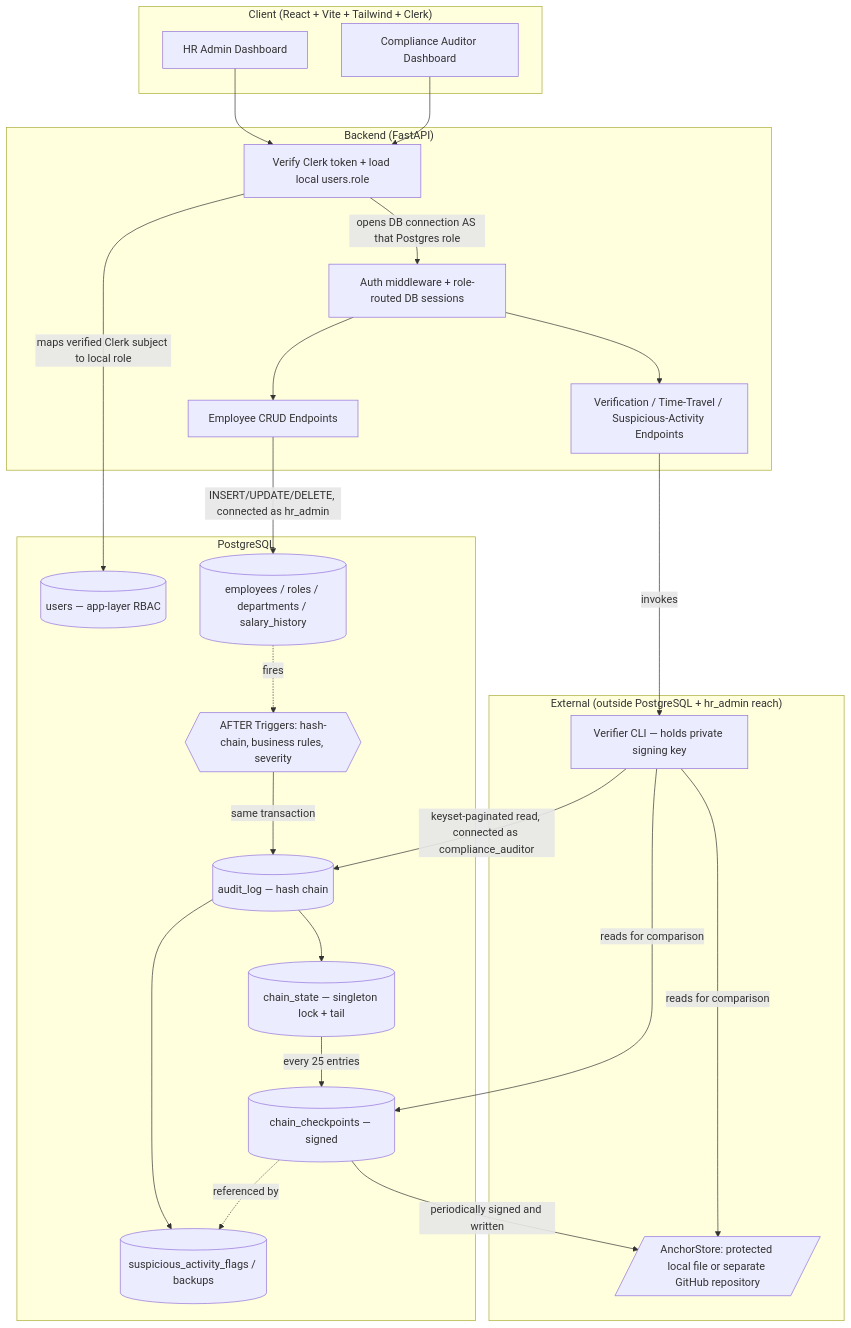
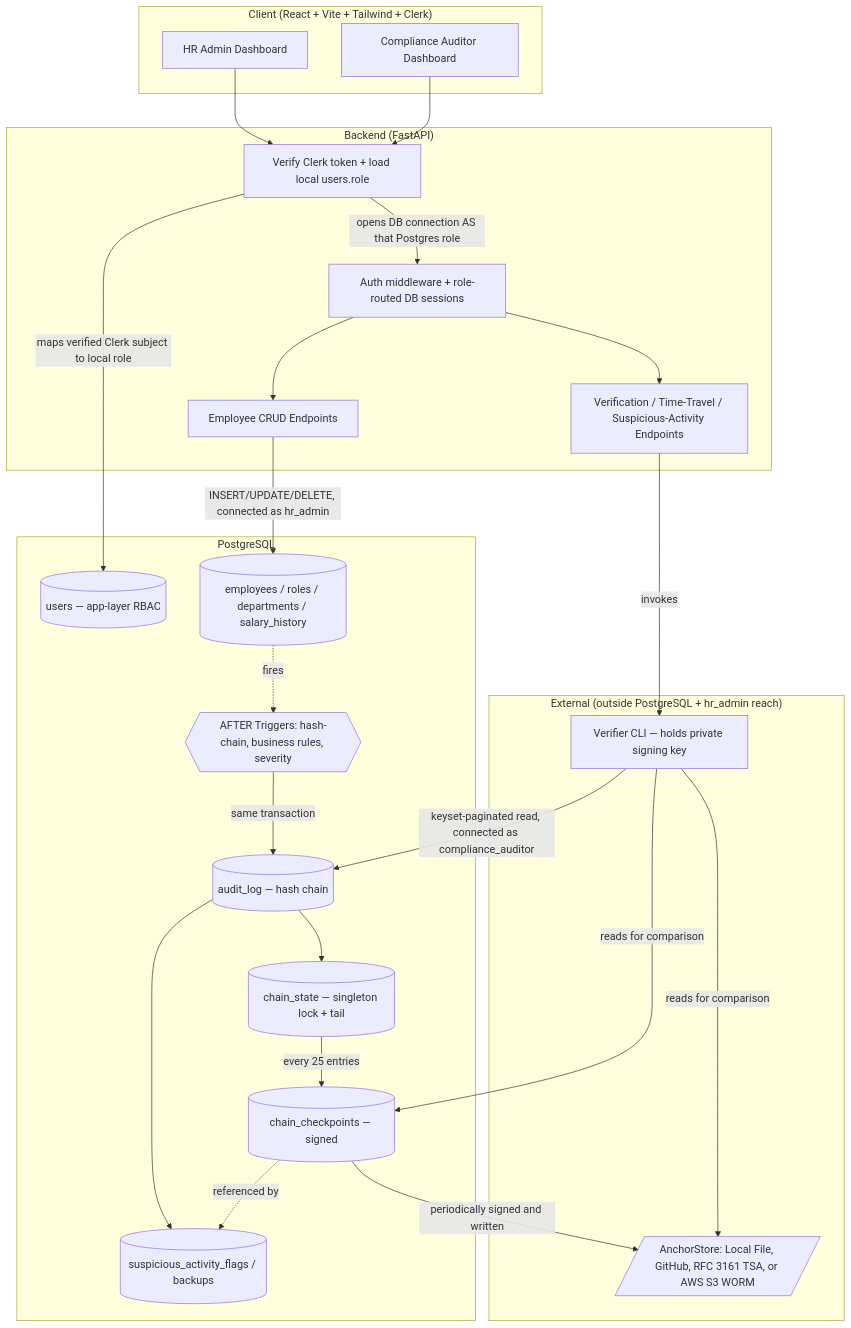
One commit to Abhi-R459/Argus changed the first of 5 diagrams in Argus_docs/Architecture.md. Above: the diagram before and after it, drawn with Mermaid. The commit also changed other lines of this file and 6 other files, not shown here.

````diff
--- a/Argus_docs/Architecture.md
+++ b/Argus_docs/Architecture.md
@@ -20,48 +20,48 @@
 ```mermaid
 graph TD
     subgraph Client["Client (React + Vite + Tailwind + Clerk)"]
         A1[HR Admin Dashboard]
         A2[Compliance Auditor Dashboard]
     end
 
     subgraph Backend["Backend (FastAPI)"]
         B0[Verify Clerk token + load local users.role]
         B1[Auth middleware + role-routed DB sessions]
         B2[Employee CRUD Endpoints]
         B3[Verification / Time-Travel / Suspicious-Activity Endpoints]
     end
 
     subgraph Database["PostgreSQL"]
         C0[(users — app-layer RBAC)]
         C1[(employees / roles / departments / salary_history)]
         C5{{AFTER Triggers: hash-chain, business rules, severity}}
         C2[(audit_log — hash chain)]
         C3[(chain_state — singleton lock + tail)]
         C4[(chain_checkpoints — signed)]
         C6[(suspicious_activity_flags / backups)]
     end
 
     subgraph External["External (outside PostgreSQL + hr_admin reach)"]
         D2[Verifier CLI — holds private signing key]
-        D1[/AnchorStore: protected local file or separate GitHub repository/]
+        D1[/AnchorStore: Local File, GitHub, RFC 3161 TSA, or AWS S3 WORM/]
     end
 
     A1 --> B0
     A2 --> B0
     B0 -->|maps verified Clerk subject to local role| C0
     B0 -->|opens DB connection AS that Postgres role| B1
     B1 --> B2
     B1 --> B3
     B2 -->|INSERT/UPDATE/DELETE, connected as hr_admin| C1
     C1 -.fires.-> C5
     C5 -->|same transaction| C2
     C2 --> C3
     C2 --> C6
     C3 -->|every 25 entries| C4
     C4 -->|periodically signed and written| D1
     C4 -.->|referenced by| C6
     B3 -->|invokes| D2
     D2 -->|keyset-paginated read, connected as compliance_auditor| C2
     D2 -->|reads for comparison| C4
     D2 -->|reads for comparison| D1
 ```
````
